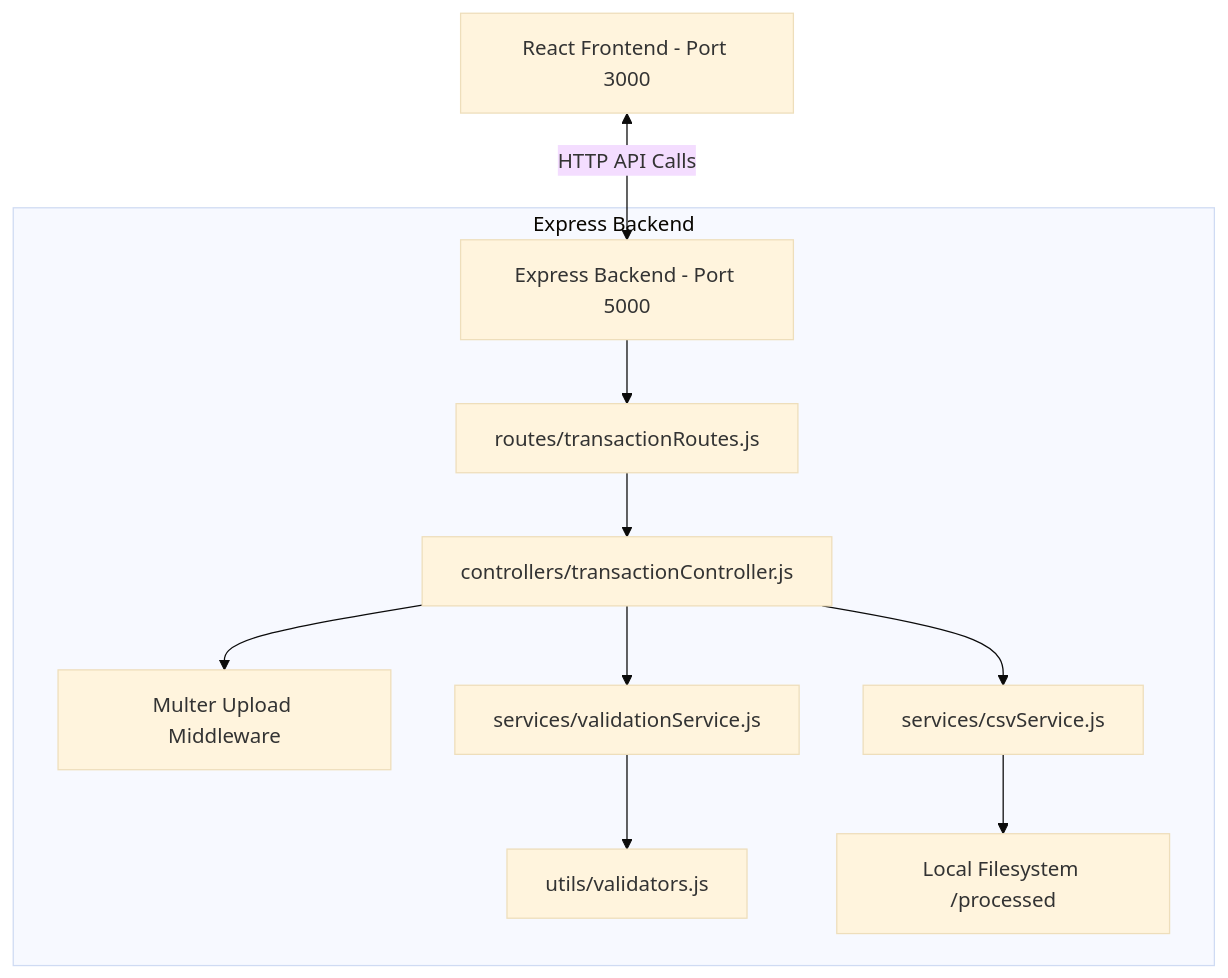
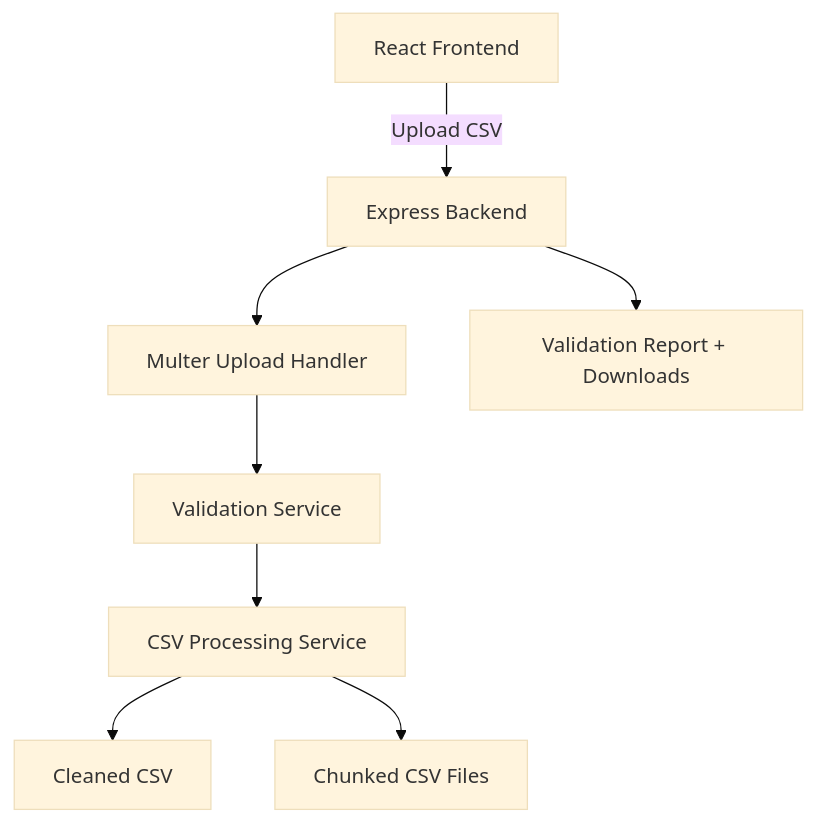
The diagram in README.md (Vivekraj2324/FinVerify), drawn with Mermaid (base theme) before and after one commit. The commit also changed other lines of this file, not shown here.

````diff
--- a/README.md
+++ b/README.md
@@ -14,15 +60,13 @@
 ```mermaid
 graph TD
-    Client[React Frontend - Port 3000] <-->|HTTP API Calls| Server[Express Backend - Port 5000]
-    
-    subgraph Express Backend
-        Server --> Router[routes/transactionRoutes.js]
-        Router --> Controller[controllers/transactionController.js]
-        Controller --> Multer[Multer Upload Middleware]
-        Controller --> ValService[services/validationService.js]
-        Controller --> CsvService[services/csvService.js]
-        
-        ValService --> Validators[utils/validators.js]
-        CsvService --> FS[Local Filesystem /processed]
-    end
+    User[React Frontend] -->|Upload CSV| API[Express Backend]
+
+    API --> Upload[Multer Upload Handler]
+    Upload --> Validation[Validation Service]
+    Validation --> CSV[CSV Processing Service]
+
+    CSV --> Cleaned[Cleaned CSV]
+    CSV --> Chunks[Chunked CSV Files]
+
+    API --> Response[Validation Report + Downloads]
 ```
````
